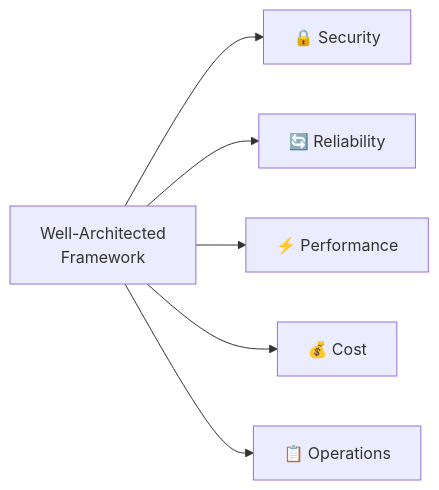
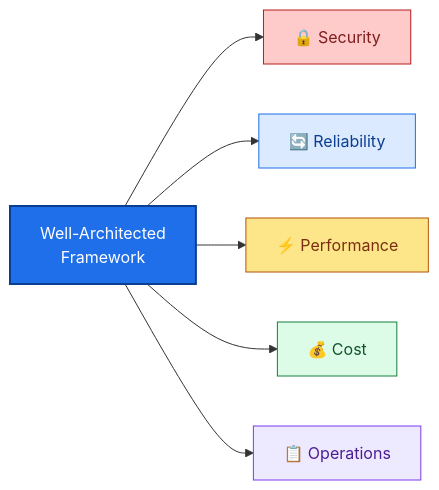
The diagram in website/docs/use-cases/waf-review.md (Azure/git-ape), drawn with Mermaid before and after one commit. The commit also changed 48 other files, not shown here.

First line of the commit message:
docs(website): manifesto-aligned rewrite, deploy-anything, mermaid zoom + colors

````diff
--- a/website/docs/use-cases/waf-review.md
+++ b/website/docs/use-cases/waf-review.md
@@ -15,9 +15,22 @@
 ```mermaid
 graph LR
     WAF["Well-Architected<br/>Framework"]
     WAF --> SEC["🔒 Security"]
     WAF --> REL["🔄 Reliability"]
     WAF --> PERF["⚡ Performance"]
     WAF --> COST["💰 Cost"]
     WAF --> OPS["📋 Operations"]
+
+    classDef center fill:#1f6feb,stroke:#0b3d91,stroke-width:2px,color:#ffffff
+    classDef sec fill:#fecaca,stroke:#b91c1c,color:#7f1d1d
+    classDef rel fill:#dbeafe,stroke:#1f6feb,color:#0b3d91
+    classDef perf fill:#fde68a,stroke:#b45309,color:#7c2d12
+    classDef cost fill:#dcfce7,stroke:#15803d,color:#14532d
+    classDef ops fill:#ede9fe,stroke:#7c3aed,color:#4c1d95
+    class WAF center
+    class SEC sec
+    class REL rel
+    class PERF perf
+    class COST cost
+    class OPS ops
 ```
````
